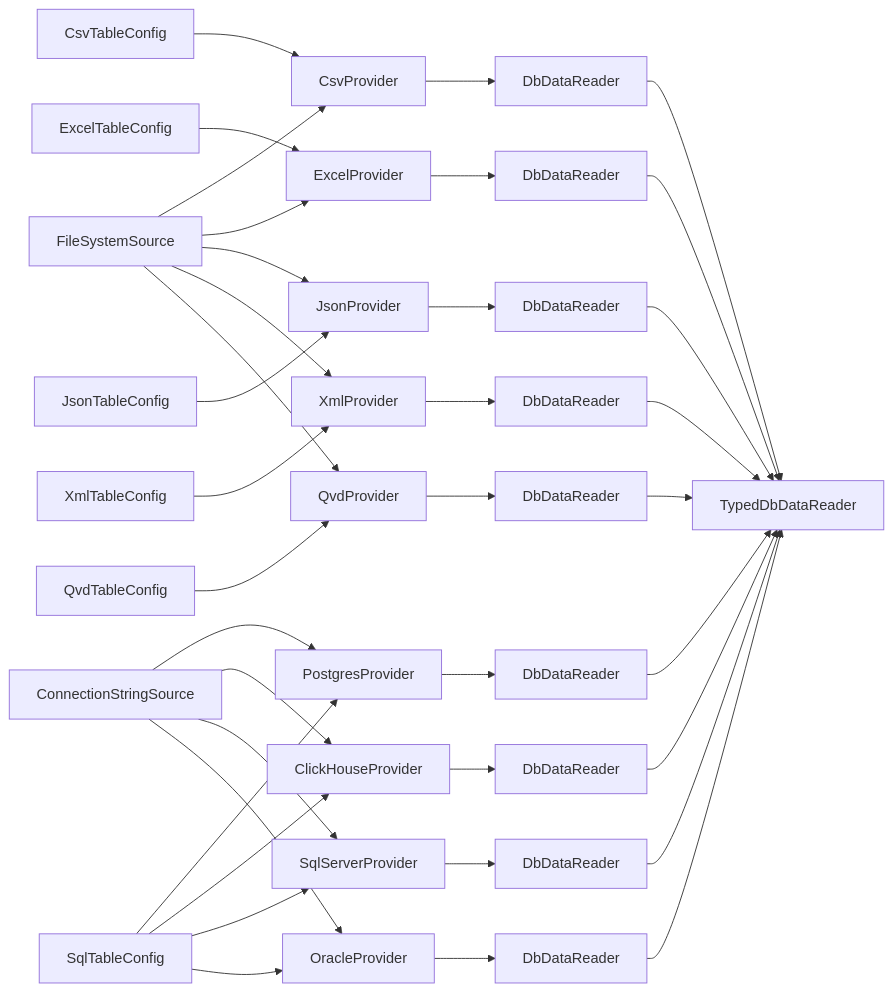
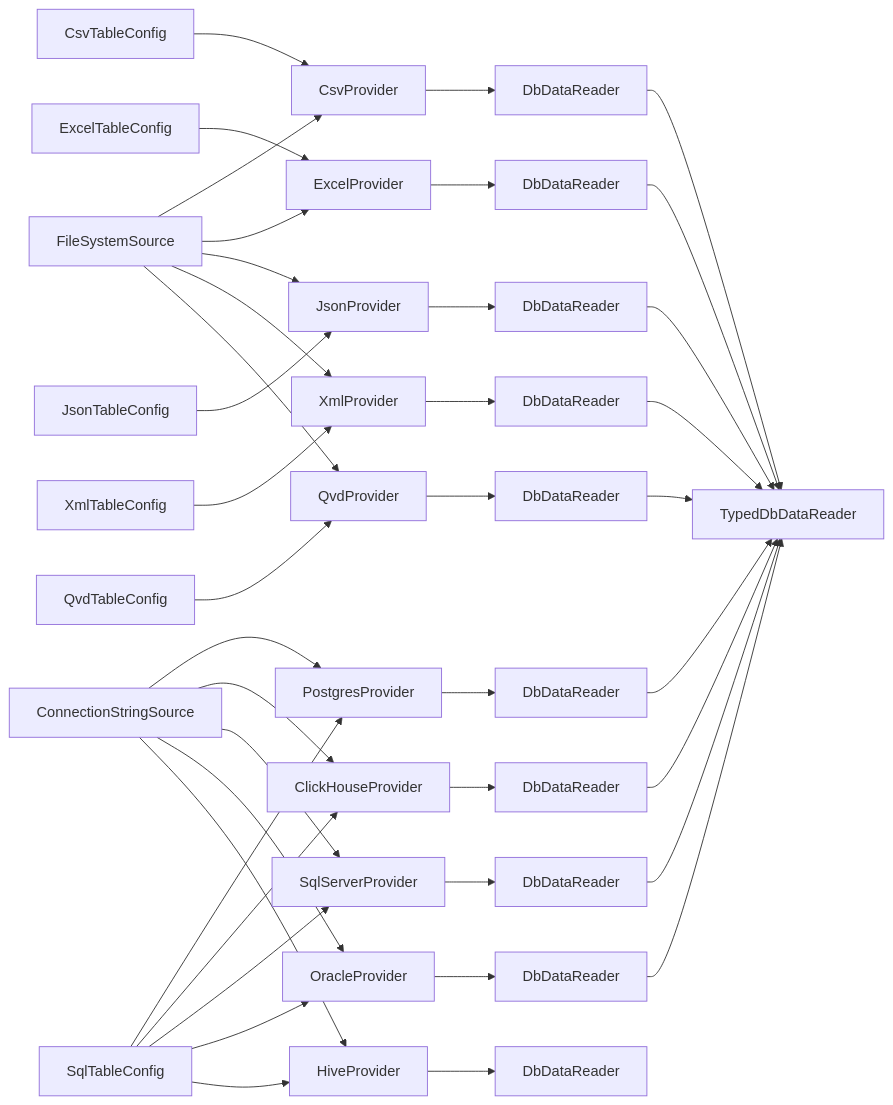
One commit to MikeKondr99/Loader changed the second of 2 diagrams in docs/architecture.md. Above: the diagram before and after it, drawn with Mermaid. The commit also changed other lines of this file and 6 other files, not shown here.

````diff
--- a/docs/architecture.md
+++ b/docs/architecture.md
@@ -76,48 +77,52 @@
 ```mermaid
 flowchart LR
     FileSource[FileSystemSource] --> CsvProvider
     CsvConfig[CsvTableConfig] --> CsvProvider
     CsvProvider --> CsvReader[DbDataReader]
 
     FileSource --> ExcelProvider
     ExcelConfig[ExcelTableConfig] --> ExcelProvider
     ExcelProvider --> ExcelReader[DbDataReader]
 
     FileSource --> JsonProvider
     JsonConfig[JsonTableConfig] --> JsonProvider
     JsonProvider --> JsonReader[DbDataReader]
 
     FileSource --> XmlProvider
     XmlConfig[XmlTableConfig] --> XmlProvider
     XmlProvider --> XmlReader[DbDataReader]
 
     FileSource --> QvdProvider
     QvdConfig[QvdTableConfig] --> QvdProvider
     QvdProvider --> QvdReader[DbDataReader]
 
     DbSource[ConnectionStringSource] --> PgProvider[PostgresProvider]
     SqlConfig[SqlTableConfig] --> PgProvider
     PgProvider --> PgReader[DbDataReader]
 
     DbSource --> ChProvider[ClickHouseProvider]
     SqlConfig --> ChProvider
     ChProvider --> ChReader[DbDataReader]
 
     DbSource --> SqlServerProvider[SqlServerProvider]
     SqlConfig --> SqlServerProvider
     SqlServerProvider --> SqlServerReader[DbDataReader]
 
     DbSource --> OracleProvider[OracleProvider]
     SqlConfig --> OracleProvider
     OracleProvider --> OracleReader[DbDataReader]
 
+    DbSource --> HiveProvider[HiveProvider]
+    SqlConfig --> HiveProvider
+    HiveProvider --> HiveReader[DbDataReader]
+
     CsvReader --> Typed[TypedDbDataReader]
     ExcelReader --> Typed
     JsonReader --> Typed
     XmlReader --> Typed
     QvdReader --> Typed
     PgReader --> Typed
     ChReader --> Typed
     SqlServerReader --> Typed
     OracleReader --> Typed
 ```
````
